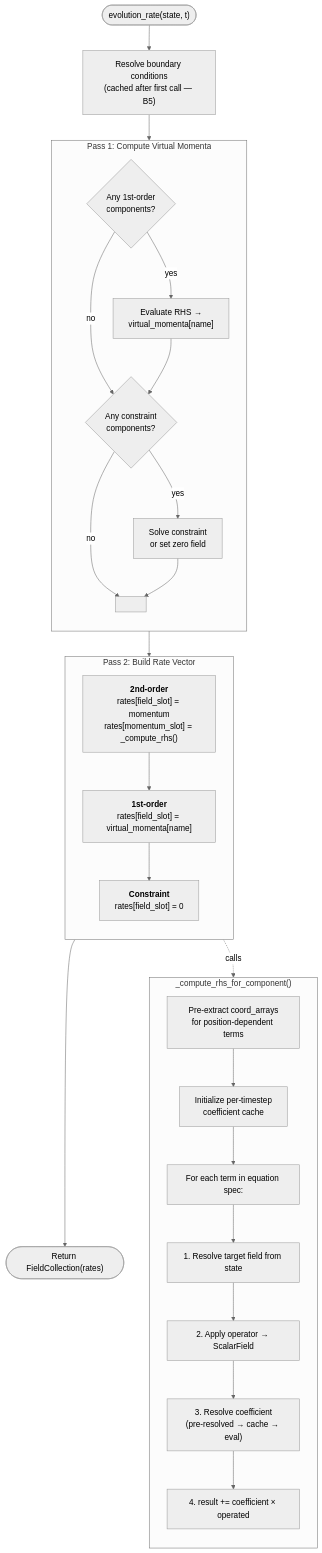
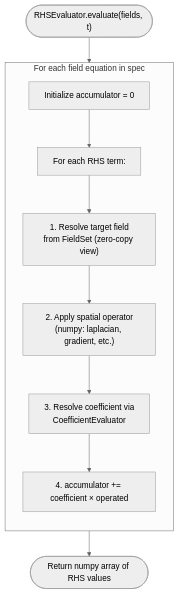
Before and after one commit to WilliamRoyce/tidal: the fifth of 5 diagrams in docs/architecture/README.md, drawn with Mermaid (neutral theme). The commit also changed other lines of this file and 10 other files, not shown here.

````diff
--- a/docs/architecture/README.md
+++ b/docs/architecture/README.md
@@ -186,43 +219,18 @@
 ```mermaid
 flowchart TB
-    entry(["evolution_rate(state, t)"])
-    entry --> bc["Resolve boundary conditions<br/>(cached after first call — B5)"]
-    bc --> pass1
+    entry(["RHSEvaluator.evaluate(fields, t)"])
+    entry --> loop
 
-    subgraph pass1["Pass 1: Compute Virtual Momenta"]
+    subgraph loop["For each field equation in spec"]
         direction TB
-        p1a{"Any 1st-order<br/>components?"}
-        p1a -- yes --> p1b["Evaluate RHS →<br/>virtual_momenta#91;name#93;"]
-        p1a -- no --> p1c
-        p1b --> p1c{"Any constraint<br/>components?"}
-        p1c -- yes --> p1d["Solve constraint<br/>or set zero field"]
-        p1c -- no --> p1end[ ]
-        p1d --> p1end
+        l1["Initialize accumulator = 0"]
+        l2["For each RHS term:"]
+        l3["1. Resolve target field<br/>from FieldSet (zero-copy view)"]
+        l4["2. Apply spatial operator<br/>(numpy: laplacian, gradient, etc.)"]
+        l5["3. Resolve coefficient via<br/>CoefficientEvaluator"]
+        l6["4. accumulator += coefficient × operated"]
+        l1 --> l2 --> l3 --> l4 --> l5 --> l6
     end
 
-    pass1 --> pass2
-
-    subgraph pass2["Pass 2: Build Rate Vector"]
-        direction TB
-        p2a["<b>2nd-order</b><br/>rates#91;field_slot#93; = momentum<br/>rates#91;momentum_slot#93; = _compute_rhs()"]
-        p2b["<b>1st-order</b><br/>rates#91;field_slot#93; = virtual_momenta#91;name#93;"]
-        p2c["<b>Constraint</b><br/>rates#91;field_slot#93; = 0"]
-        p2a --> p2b --> p2c
-    end
-
-    pass2 --> ret(["Return FieldCollection(rates)"])
-
-    p2a -. "calls" .-> rhs
-
-    subgraph rhs["_compute_rhs_for_component()"]
-        direction TB
-        r1["Pre-extract coord_arrays<br/>for position-dependent terms"]
-        r2["Initialize per-timestep<br/>coefficient cache"]
-        r3["For each term in equation spec:"]
-        r4["1. Resolve target field from state"]
-        r5["2. Apply operator → ScalarField"]
-        r6["3. Resolve coefficient<br/>(pre-resolved → cache → eval)"]
-        r7["4. result += coefficient × operated"]
-        r1 --> r2 --> r3 --> r4 --> r5 --> r6 --> r7
-    end
+    loop --> ret(["Return numpy array of RHS values"])
 ```
````
